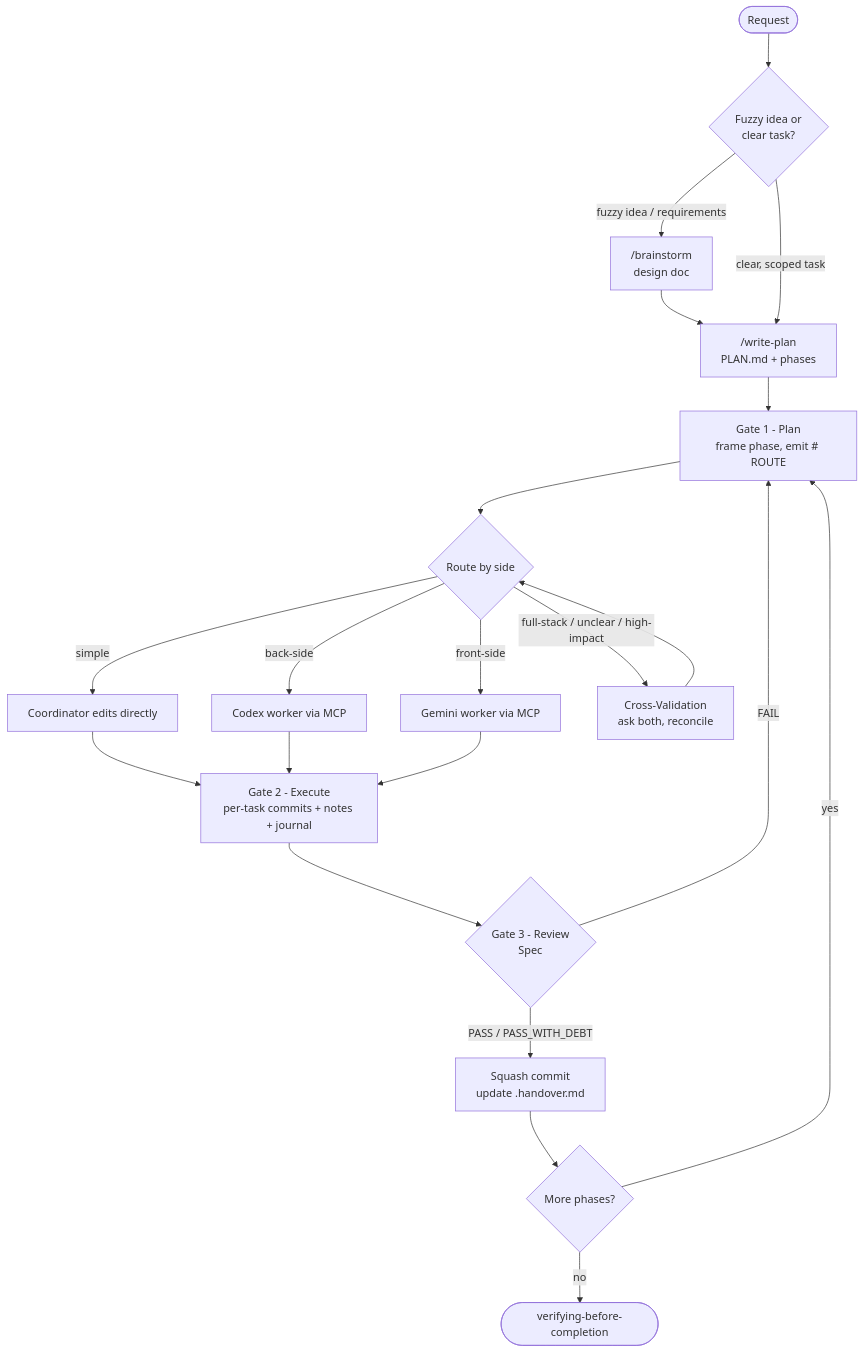
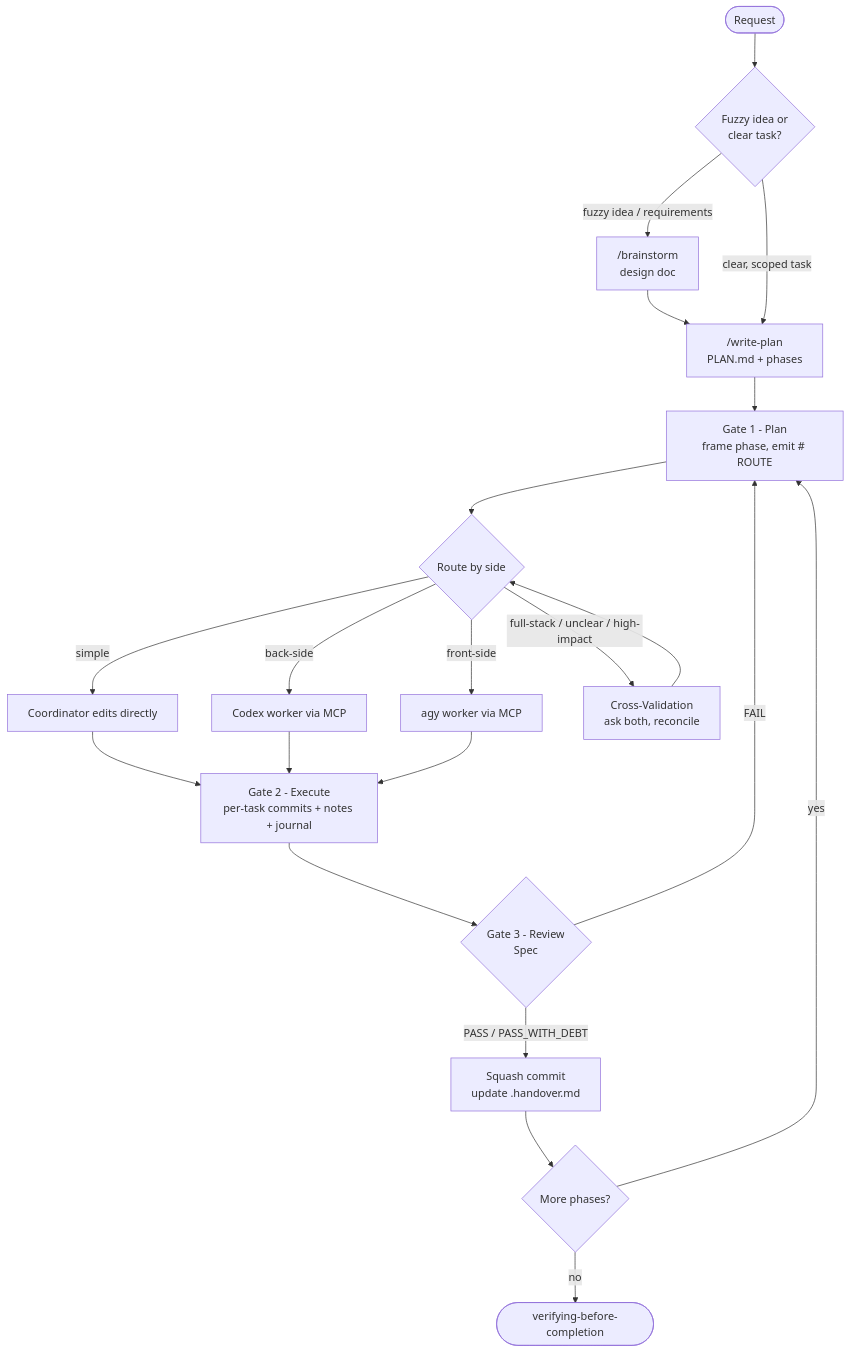
Before and after one commit to sitien173/refract: the first of 6 diagrams in plugin/README.md, drawn with Mermaid. The commit also changed other lines of this file and 26 other files, not shown here.

````diff
--- a/plugin/README.md
+++ b/plugin/README.md
@@ -17,23 +17,23 @@
 ```mermaid
 flowchart TD
     A([Request]) --> B{Fuzzy idea or<br/>clear task?}
     B -->|"fuzzy idea / requirements"| BR["/brainstorm<br/>design doc"]
     BR --> WP["/write-plan<br/>PLAN.md + phases"]
     B -->|"clear, scoped task"| WP
     WP --> P["Gate 1 - Plan<br/>frame phase, emit # ROUTE"]
     P --> R{Route by side}
     R -->|simple| CO["Coordinator edits directly"]
     R -->|back-side| CX["Codex worker via MCP"]
-    R -->|front-side| GM["Gemini worker via MCP"]
+    R -->|front-side| GM["agy worker via MCP"]
     R -->|"full-stack / unclear / high-impact"| CV["Cross-Validation<br/>ask both, reconcile"]
     CV --> R
     CO --> EX["Gate 2 - Execute<br/>per-task commits + notes + journal"]
     CX --> EX
     GM --> EX
     EX --> RV{"Gate 3 - Review<br/>Spec"}
     RV -->|FAIL| P
     RV -->|"PASS / PASS_WITH_DEBT"| SQ["Squash commit<br/>update .handover.md"]
     SQ --> NX{More phases?}
     NX -->|yes| P
     NX -->|no| V(["verifying-before-completion"])
 ```
````
